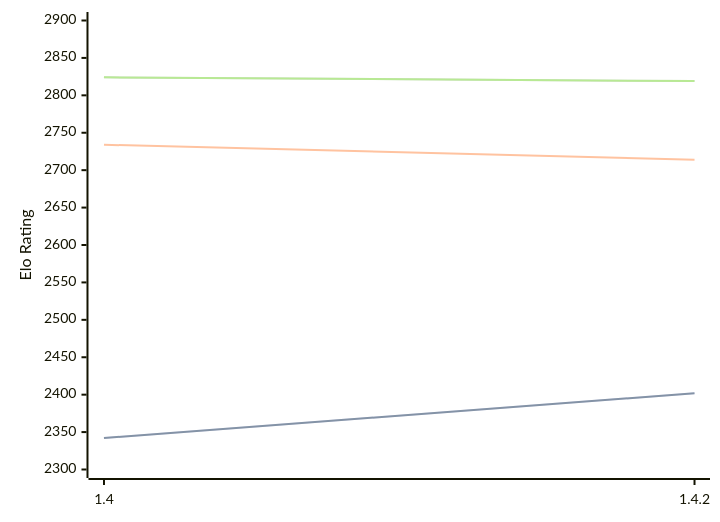
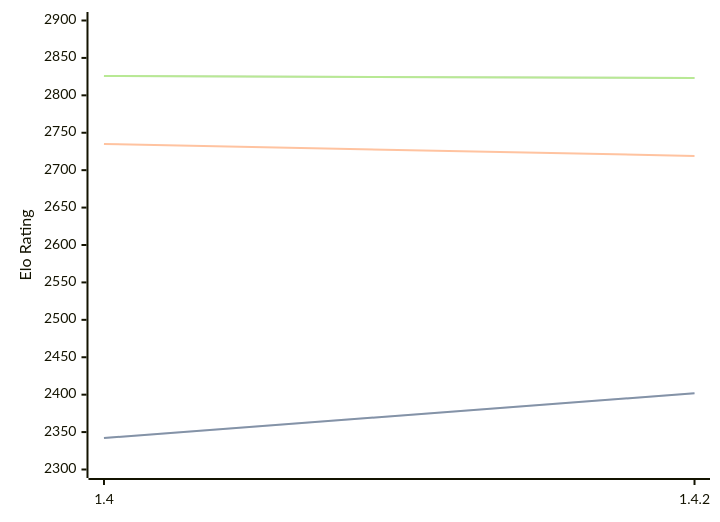
The diagram in engines/Spike.md (computer-chess-index/cci), drawn with Mermaid before and after one commit. The commit also changed other lines of this file, not shown here.

Commit message:
Update CCI Ratings (ELO VLTC) - 2026-09-13

````diff
--- a/engines/Spike.md
+++ b/engines/Spike.md
@@ -32,11 +32,11 @@
 ```mermaid
 %%{init: {"theme":"base","themeVariables":{"seriesColors:['#a3a3a3','#222221','#faa371']}}}%%
 xychart-beta
   x-axis ["1.4", "1.4.2"]
   y-axis "Elo Rating" 2300 --> 2900
   line "" [2342, 2402]
   line "STC (8.0+0.08s)" [2342, 2402]
-  line "LTC (60.0+0.60s)" [2734, 2714]
-  line "" [2824, 2819]
-  line "VLTC (2m24s+1.12s)" [2824, 2819]
+  line "LTC (60.0+0.60s)" [2735, 2719]
+  line "" [2826, 2823]
+  line "VLTC (2m24s+1.12s)" [2826, 2823]
 ```
````
